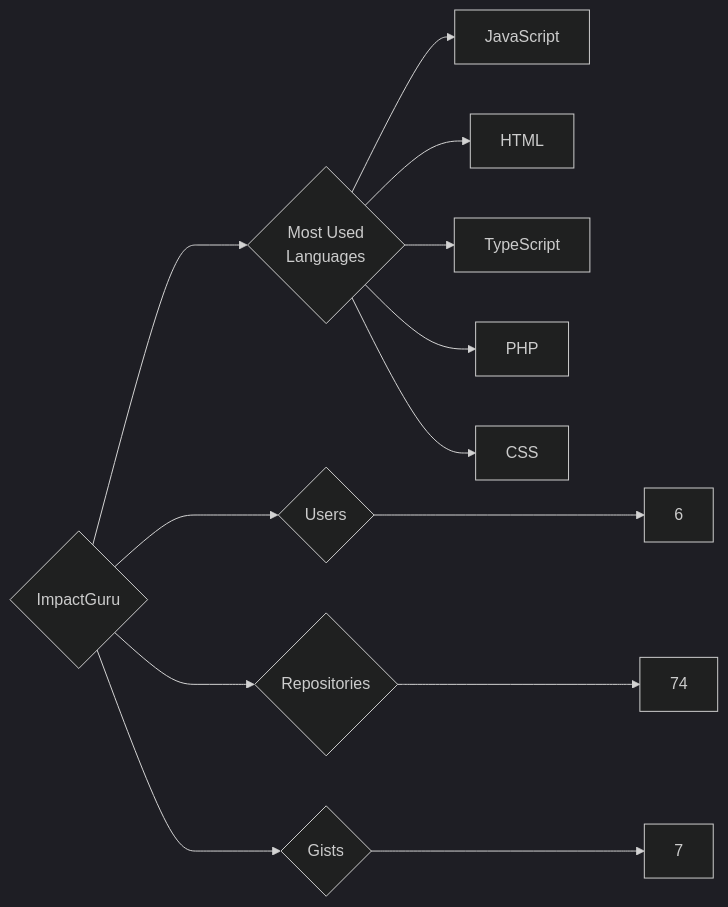
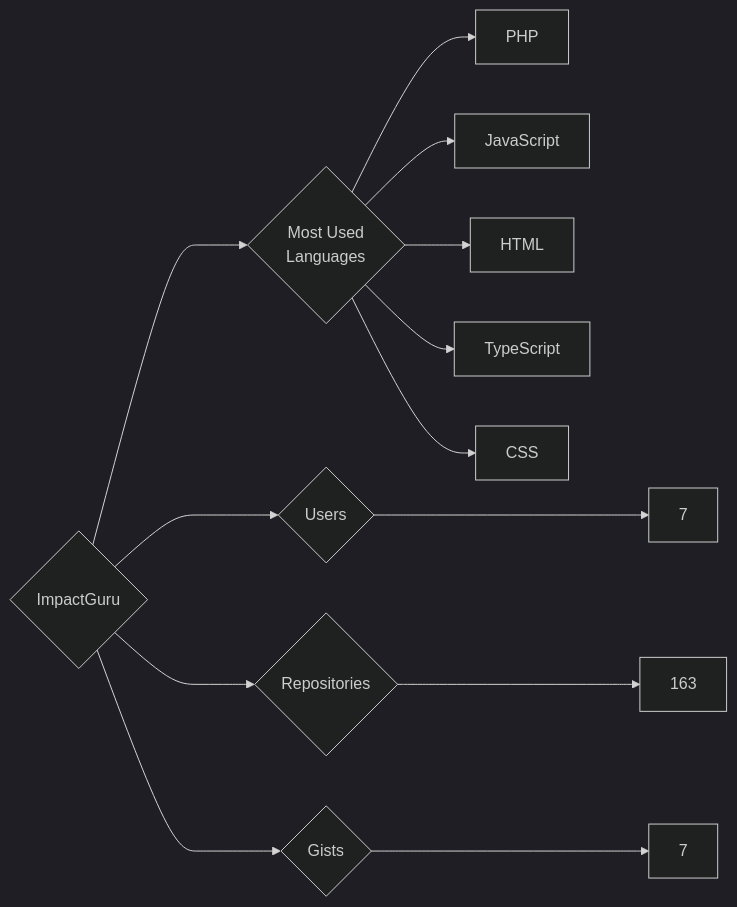
The diagram in targets/ImpactGuru/README.md (trickest/insiders), drawn with Mermaid (dark theme) before and after one commit. The commit also changed 934 other files, not shown here.

````diff
--- a/targets/ImpactGuru/README.md
+++ b/targets/ImpactGuru/README.md
@@ -3,13 +3,13 @@
 ```mermaid
 graph LR
 COMPANY_NAME{ImpactGuru}
-COMPANY_NAME ---> U{Users} ---> UN[6]
-COMPANY_NAME ---> R{Repositories} ---> RN[74]
+COMPANY_NAME ---> U{Users} ---> UN[7]
+COMPANY_NAME ---> R{Repositories} ---> RN[163]
 COMPANY_NAME ---> G{Gists} ---> GN[7]
 COMPANY_NAME ---> ML{Most Used<br>Languages}
+ML --> PHP[PHP]
 ML --> JavaScript[JavaScript]
 ML --> HTML[HTML]
 ML --> TypeScript[TypeScript]
-ML --> PHP[PHP]
 ML --> CSS[CSS]
 ```
````
